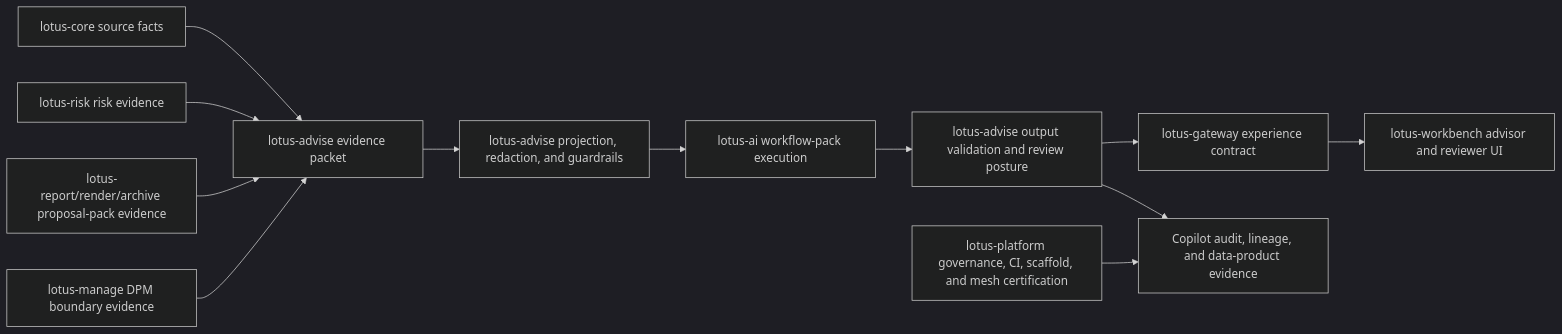
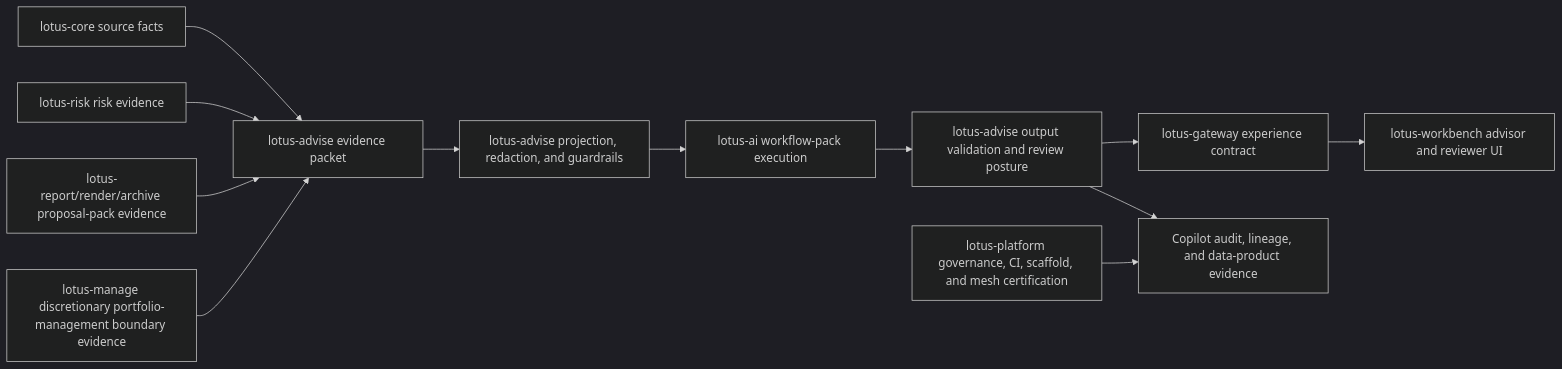
One commit to sgajbi/lotus-advise changed the diagram in docs/rfcs/RFC-0027-governed-advisory-ai-copilot.md. Above: the diagram before and after it, drawn with Mermaid (dark theme). The commit also changed other lines of this file and 5 other files, not shown here.

````diff
--- a/docs/rfcs/RFC-0027-governed-advisory-ai-copilot.md
+++ b/docs/rfcs/RFC-0027-governed-advisory-ai-copilot.md
@@ -283,14 +284,14 @@
 ```mermaid
 flowchart LR
     Core[lotus-core source facts] --> AdviseEvidence[lotus-advise evidence packet]
     Risk[lotus-risk risk evidence] --> AdviseEvidence
     Report[lotus-report/render/archive proposal-pack evidence] --> AdviseEvidence
-    Manage[lotus-manage DPM boundary evidence] --> AdviseEvidence
+    Manage[lotus-manage discretionary portfolio-management boundary evidence] --> AdviseEvidence
     AdviseEvidence --> AdviseValidation[lotus-advise projection, redaction, and guardrails]
     AdviseValidation --> AI[lotus-ai workflow-pack execution]
     AI --> AdvisePost[lotus-advise output validation and review posture]
     AdvisePost --> Gateway[lotus-gateway experience contract]
     Gateway --> Workbench[lotus-workbench advisor and reviewer UI]
     AdvisePost --> Audit[Copilot audit, lineage, and data-product evidence]
     Platform[lotus-platform governance, CI, scaffold, and mesh certification] --> Audit
 ```
````
